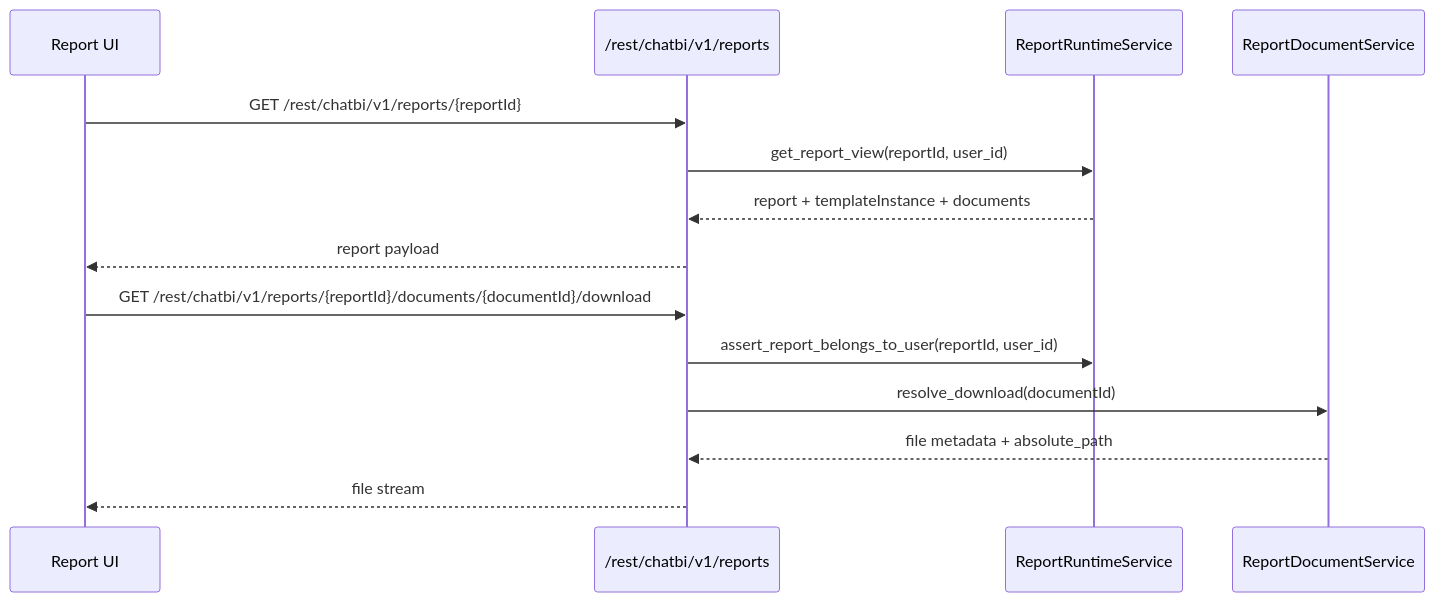
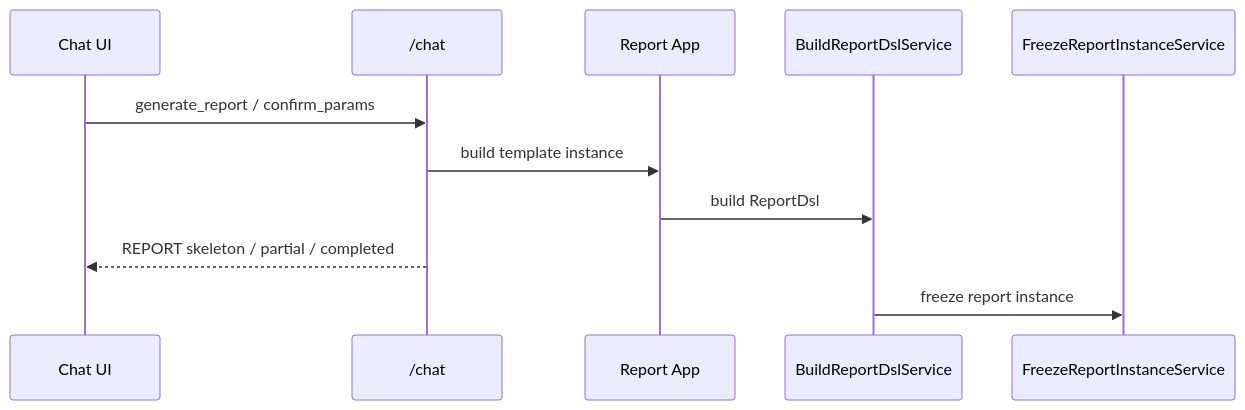
The first of 2 diagrams in design/implementation/runtime_sequences.md (shel447/ReportSystem), drawn with Mermaid before and after one commit. The commit also changed other lines of this file and 53 other files, not shown here.

````diff
--- a/design/implementation/runtime_sequences.md
+++ b/design/implementation/runtime_sequences.md
@@ -57,18 +9,14 @@
 ```mermaid
 sequenceDiagram
-    participant UI as Report UI
-    participant API as /rest/chatbi/v1/reports
-    participant Runtime as ReportRuntimeService
-    participant Doc as ReportDocumentService
+    participant UI as Chat UI
+    participant Chat as /chat
+    participant App as Report App
+    participant DSL as BuildReportDslService
+    participant RI as FreezeReportInstanceService
 
-    UI->>API: GET /rest/chatbi/v1/reports/{reportId}
-    API->>Runtime: get_report_view(reportId, user_id)
-    Runtime-->>API: report + templateInstance + documents
-    API-->>UI: report payload
-
-    UI->>API: GET /rest/chatbi/v1/reports/{reportId}/documents/{documentId}/download
-    API->>Runtime: assert_report_belongs_to_user(reportId, user_id)
-    API->>Doc: resolve_download(documentId)
-    Doc-->>API: file metadata + absolute_path
-    API-->>UI: file stream
+    UI->>Chat: generate_report / confirm_params
+    Chat->>App: build template instance
+    App->>DSL: build ReportDsl
+    Chat-->>UI: REPORT skeleton / partial / completed
+    DSL->>RI: freeze report instance
 ```
````
